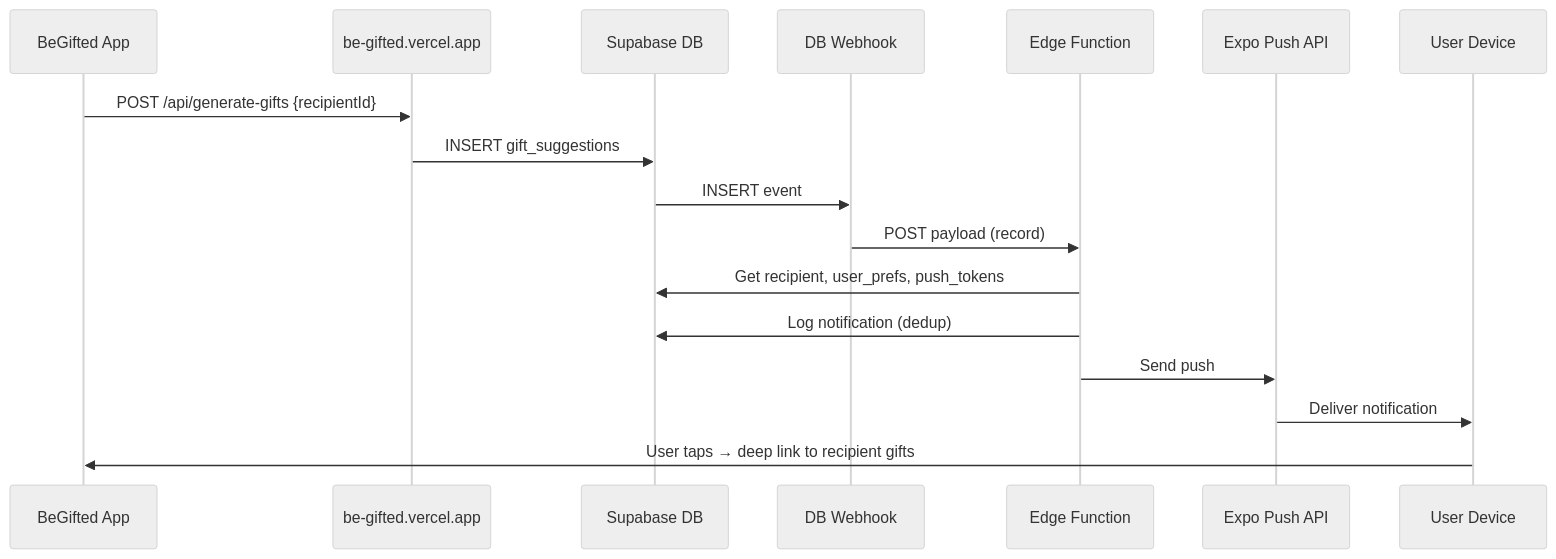
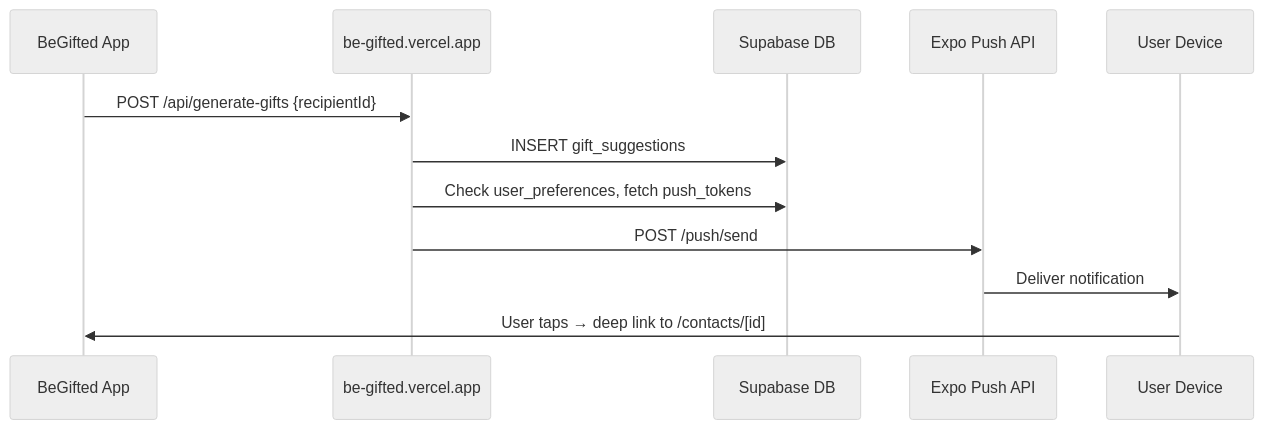
The diagram in docs/NOTIFICATIONS_IMPLEMENTATION_PLAN.md (AaronMullan/begifted-native), drawn with Mermaid (neutral theme) before and after one commit. The commit also changed other lines of this file and 6 other files, not shown here.

First line of the commit message:
feat: add push notification support

````diff
--- a/docs/NOTIFICATIONS_IMPLEMENTATION_PLAN.md
+++ b/docs/NOTIFICATIONS_IMPLEMENTATION_PLAN.md
@@ -20,20 +20,15 @@
 ```mermaid
 sequenceDiagram
     participant App as BeGifted App
     participant Backend as be-gifted.vercel.app
     participant Supabase as Supabase DB
-    participant Webhook as DB Webhook
-    participant EdgeFn as Edge Function
     participant Expo as Expo Push API
     participant Device as User Device
 
     App->>Backend: POST /api/generate-gifts {recipientId}
     Backend->>Supabase: INSERT gift_suggestions
-    Supabase->>Webhook: INSERT event
-    Webhook->>EdgeFn: POST payload (record)
-    EdgeFn->>Supabase: Get recipient, user_prefs, push_tokens
-    EdgeFn->>Supabase: Log notification (dedup)
-    EdgeFn->>Expo: Send push
+    Backend->>Supabase: Check user_preferences, fetch push_tokens
+    Backend->>Expo: POST /push/send
     Expo->>Device: Deliver notification
-    Device->>App: User taps → deep link to recipient gifts
+    Device->>App: User taps → deep link to /contacts/[id]
 ```
````
